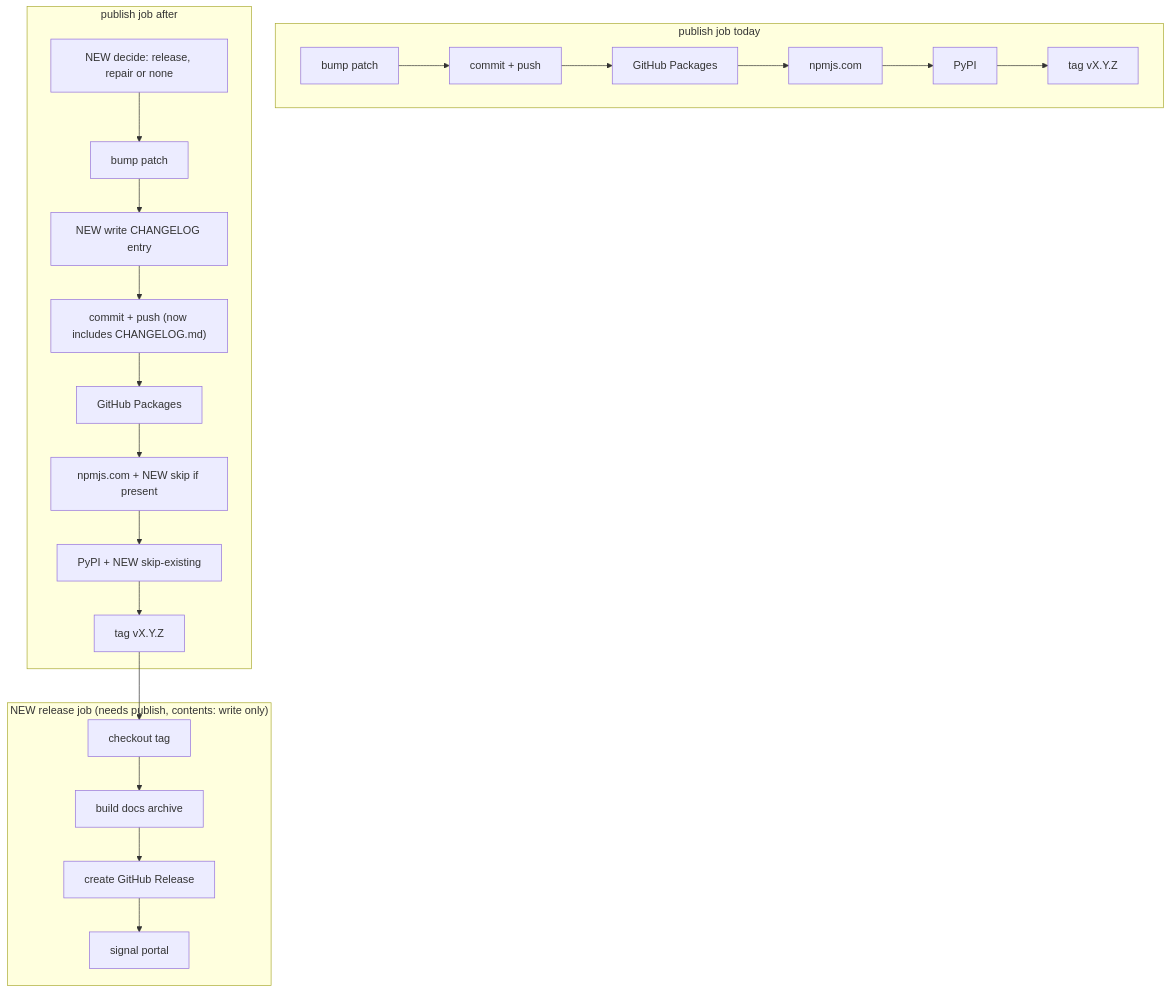
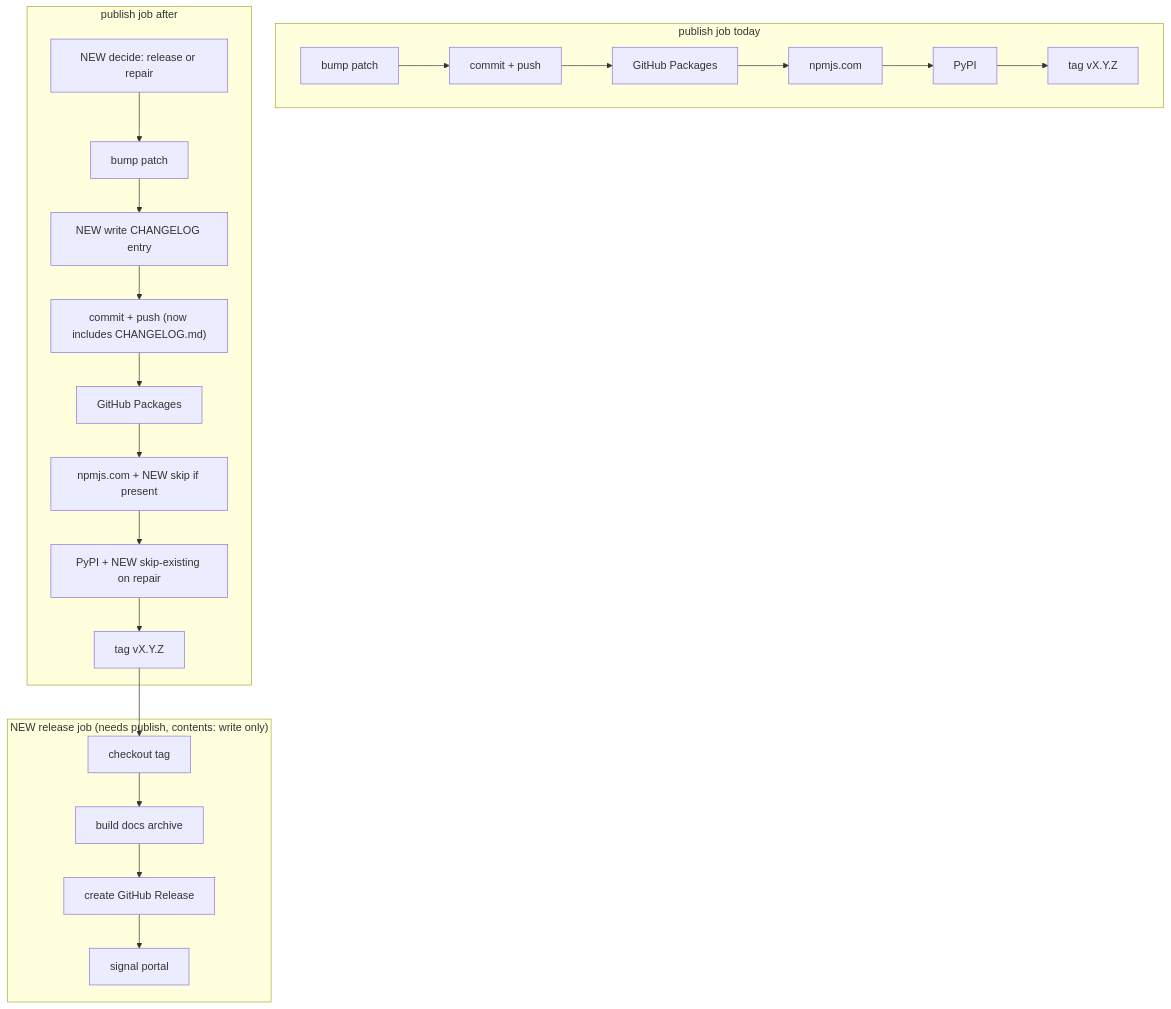
Before and after one commit to montionugera/node-server-decorator: the diagram in .claude/idea_backlog/I-030-adopt-release-notes-github-release-with/spec.md, drawn with Mermaid. The commit also changed other lines of this file, not shown here.

````diff
--- a/.claude/idea_backlog/I-030-adopt-release-notes-github-release-with/spec.md
+++ b/.claude/idea_backlog/I-030-adopt-release-notes-github-release-with/spec.md
@@ -85,14 +93,14 @@
 ```mermaid
 flowchart TD
   subgraph Before["publish job today"]
     b1[bump patch] --> b2[commit + push] --> b3[GitHub Packages] --> b4[npmjs.com] --> b5[PyPI] --> b6[tag vX.Y.Z]
   end
   subgraph After["publish job after"]
-    a0["NEW decide: release, repair or none"] --> a1[bump patch] --> a2["NEW write CHANGELOG entry"] --> a3["commit + push (now includes CHANGELOG.md)"]
-    a3 --> a4[GitHub Packages] --> a5["npmjs.com + NEW skip if present"] --> a6["PyPI + NEW skip-existing"] --> a7[tag vX.Y.Z]
+    a0["NEW decide: release or repair"] --> a1[bump patch] --> a2["NEW write CHANGELOG entry"] --> a3["commit + push (now includes CHANGELOG.md)"]
+    a3 --> a4[GitHub Packages] --> a5["npmjs.com + NEW skip if present"] --> a6["PyPI + NEW skip-existing on repair"] --> a7[tag vX.Y.Z]
   end
   a7 --> r1
   subgraph Rel["NEW release job (needs publish, contents: write only)"]
     r1[checkout tag] --> r2[build docs archive] --> r3[create GitHub Release] --> r4[signal portal]
   end
 ```
````
